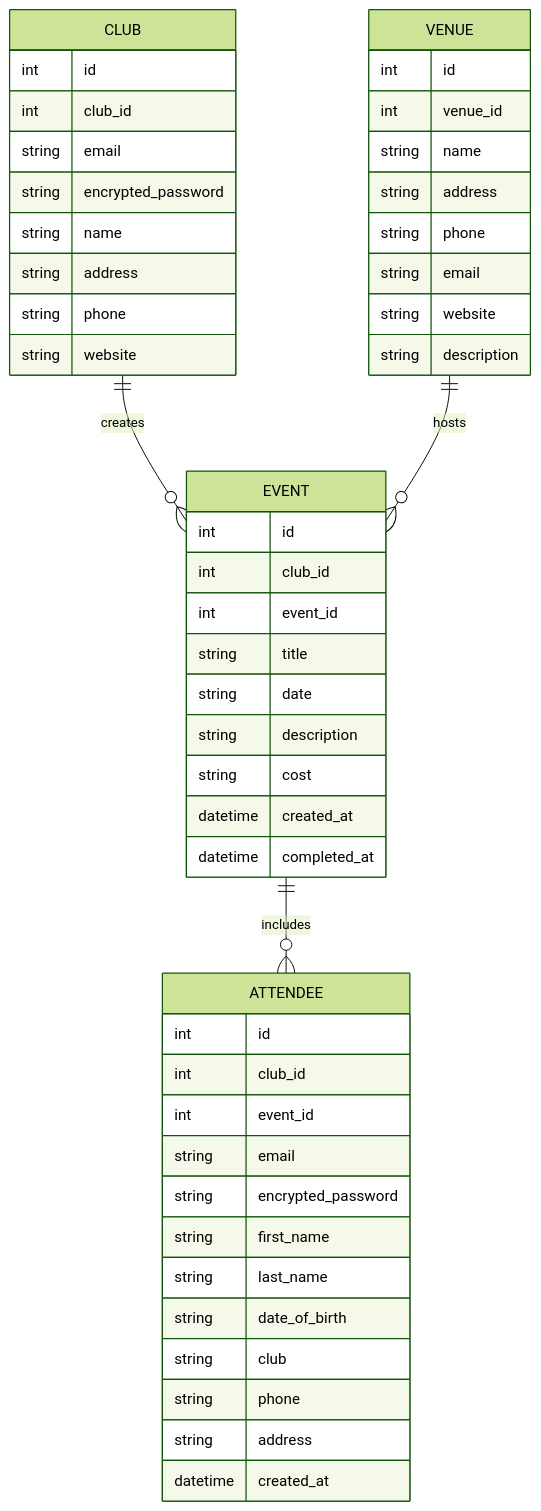
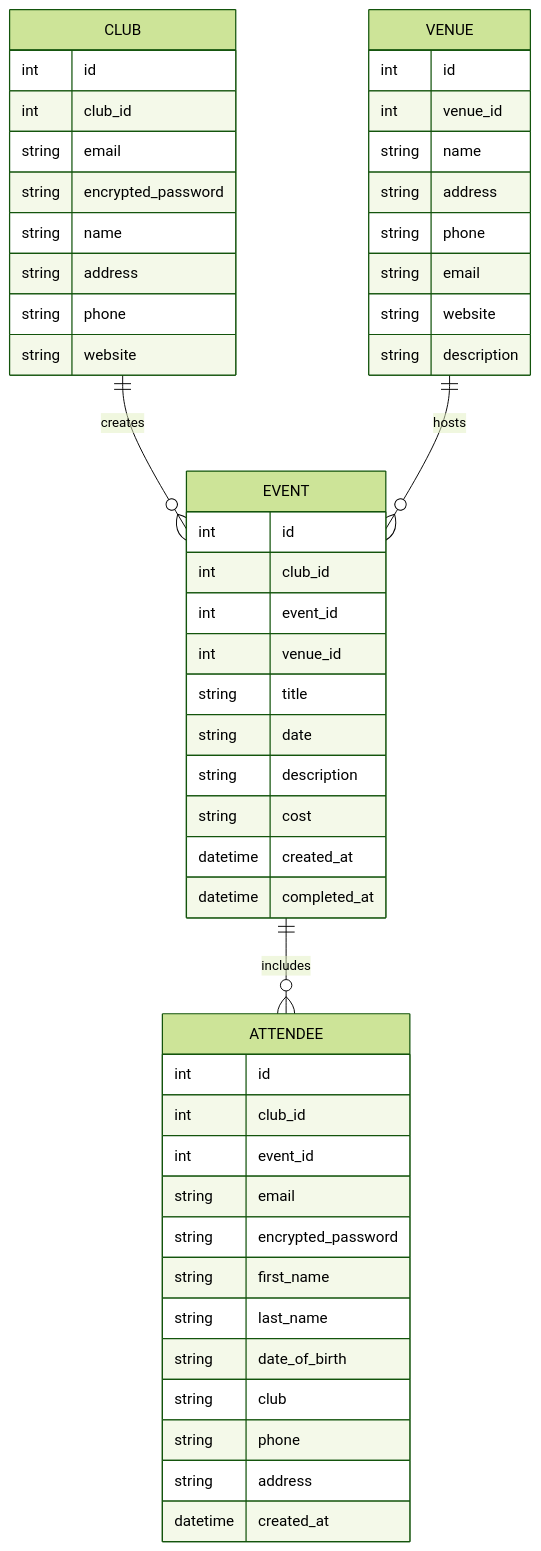
One commit to wildintu/scene changed the second of 2 diagrams in README.md. Above: the diagram before and after it, drawn with Mermaid (forest theme).

Commit message:
Add venue_id for EVENT entity

````diff
--- a/README.md
+++ b/README.md
@@ -13,51 +13,52 @@
 ```mermaid
     erDiagram
         CLUB ||--o{ EVENT : creates
         CLUB {
             int id
             int club_id
             string email
             string encrypted_password
             string name
             string address
             string phone
             string website
         }
         VENUE ||--o{ EVENT : hosts
         VENUE {
             int id
             int venue_id
             string name
             string address
             string phone
             string email
             string website
             string description
         }
         EVENT ||--o{ ATTENDEE : includes
         EVENT {
             int id
             int club_id
             int event_id
+            int venue_id
             string title
             string date
             string description
             string cost
             datetime created_at
             datetime completed_at
         }
         ATTENDEE {
             int id
             int club_id
             int event_id
             string email
             string encrypted_password
             string first_name
             string last_name
             string date_of_birth
             string club
             string phone
             string address
             datetime created_at
         }
 ```
````
